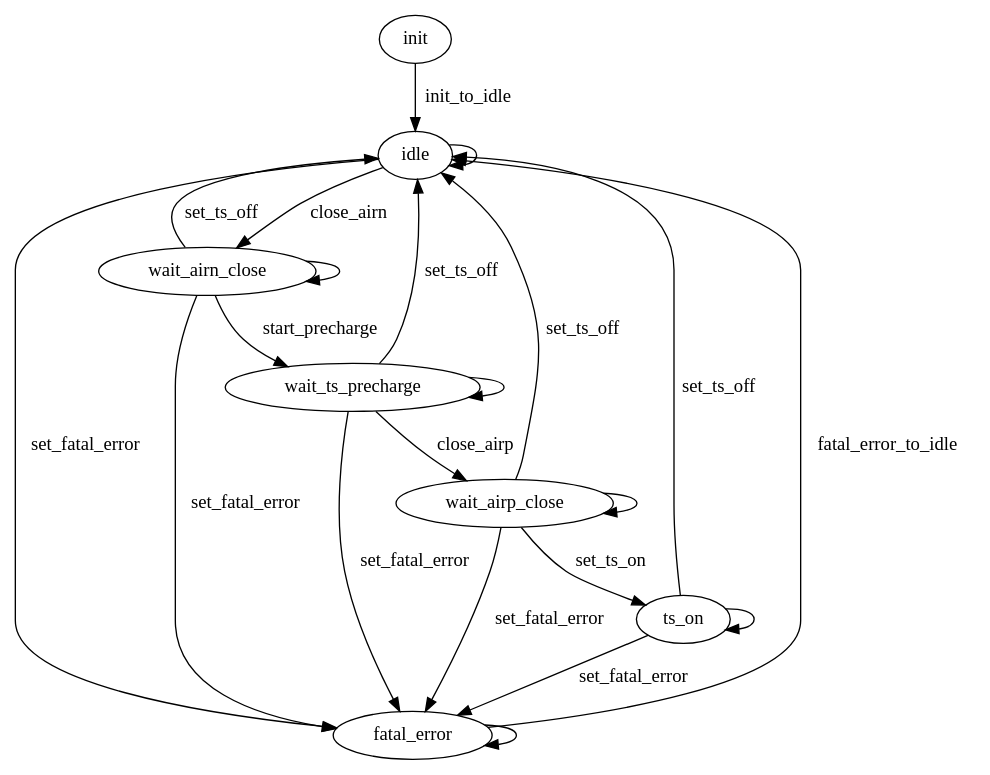
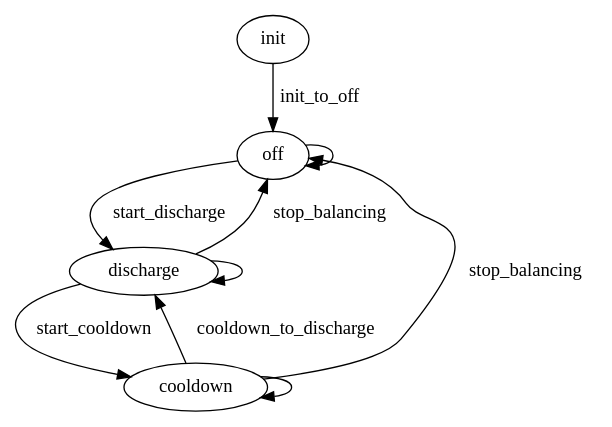
One commit to eagletrt/fenice-bms-hv-sw changed the diagram in docs/mainboard/bal_fsm.dot. Above: the diagram before and after it, drawn with Graphviz. The commit also changed 18 other files, not shown here.

Commit message:
feat: change old balancing FSM with the new version

```diff
--- a/docs/mainboard/bal_fsm.dot
+++ b/docs/mainboard/bal_fsm.dot
@@ -1,38 +1,20 @@
-digraph " bal_fsm" {
+digraph "bal_fsm" {
     
     init
-    idle
-    fatal_error
-    wait_airn_close
-    wait_ts_precharge
-    wait_airp_close
-    ts_on
+    off
+    discharge
+    cooldown
 
-    init -> idle [label="init_to_idle"]
+    init -> off [label="init_to_off"]
 
-    idle -> idle
-    idle -> fatal_error [label="set_fatal_error"]
-    idle -> wait_airn_close [label="close_airn"]
+    off -> off
+    off -> discharge [label="start_discharge"]
 
-    wait_airn_close -> wait_airn_close
-    wait_airn_close -> fatal_error [label="set_fatal_error"]
-    wait_airn_close -> idle [label="set_ts_off"]
-    wait_airn_close -> wait_ts_precharge [label="start_precharge"]
+    discharge -> discharge
+    discharge -> off [label="stop_balancing"]
+    discharge -> cooldown [label="start_cooldown"]
 
-    wait_ts_precharge -> wait_ts_precharge
-    wait_ts_precharge -> fatal_error [label="set_fatal_error"]
-    wait_ts_precharge -> idle [label="set_ts_off"]
-    wait_ts_precharge -> wait_airp_close [label="close_airp"]
-
-    wait_airp_close -> wait_airp_close
-    wait_airp_close -> fatal_error [label="set_fatal_error"]
-    wait_airp_close -> idle [label="set_ts_off"]
-    wait_airp_close -> ts_on [label="set_ts_on"]
-
-    ts_on -> ts_on
-    ts_on -> fatal_error [label="set_fatal_error"]
-    ts_on -> idle [label="set_ts_off"]
-
-    fatal_error -> fatal_error
-    fatal_error -> idle [label="fatal_error_to_idle"]
+    cooldown -> cooldown
+    cooldown -> off [label="stop_balancing"]
+    cooldown -> discharge [label="cooldown_to_discharge"]
 }
```
